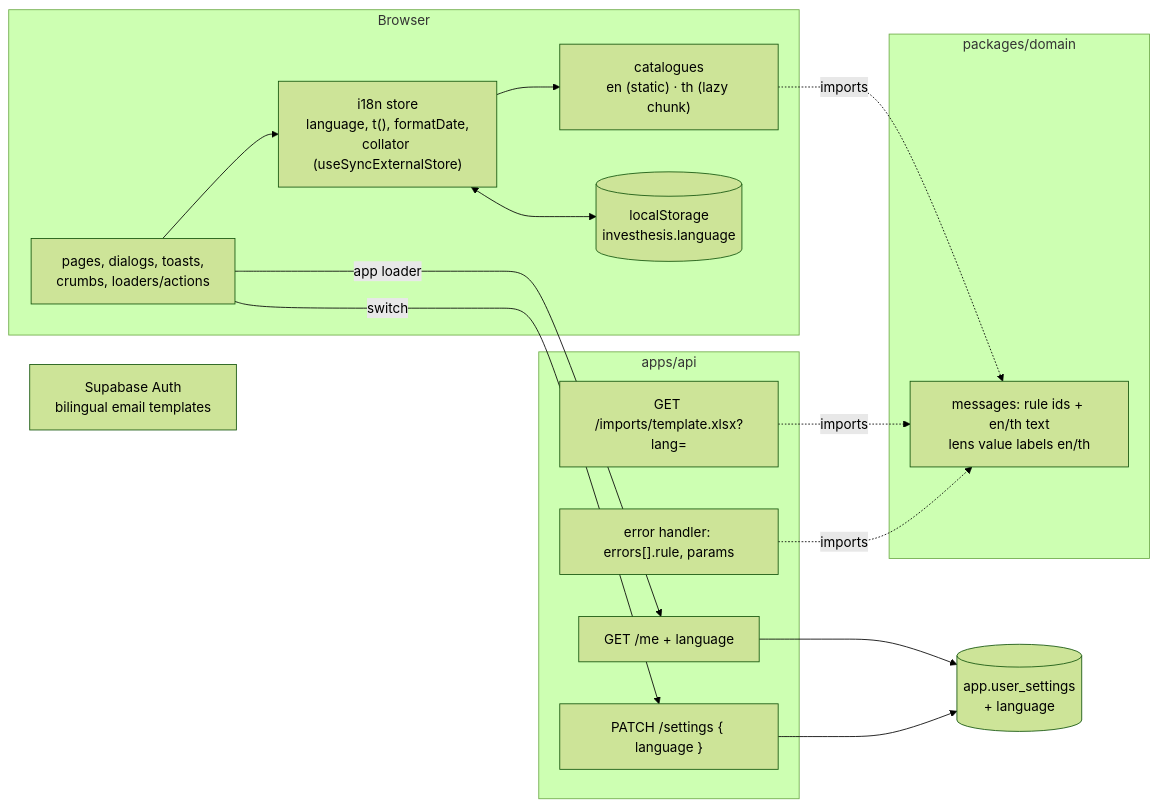
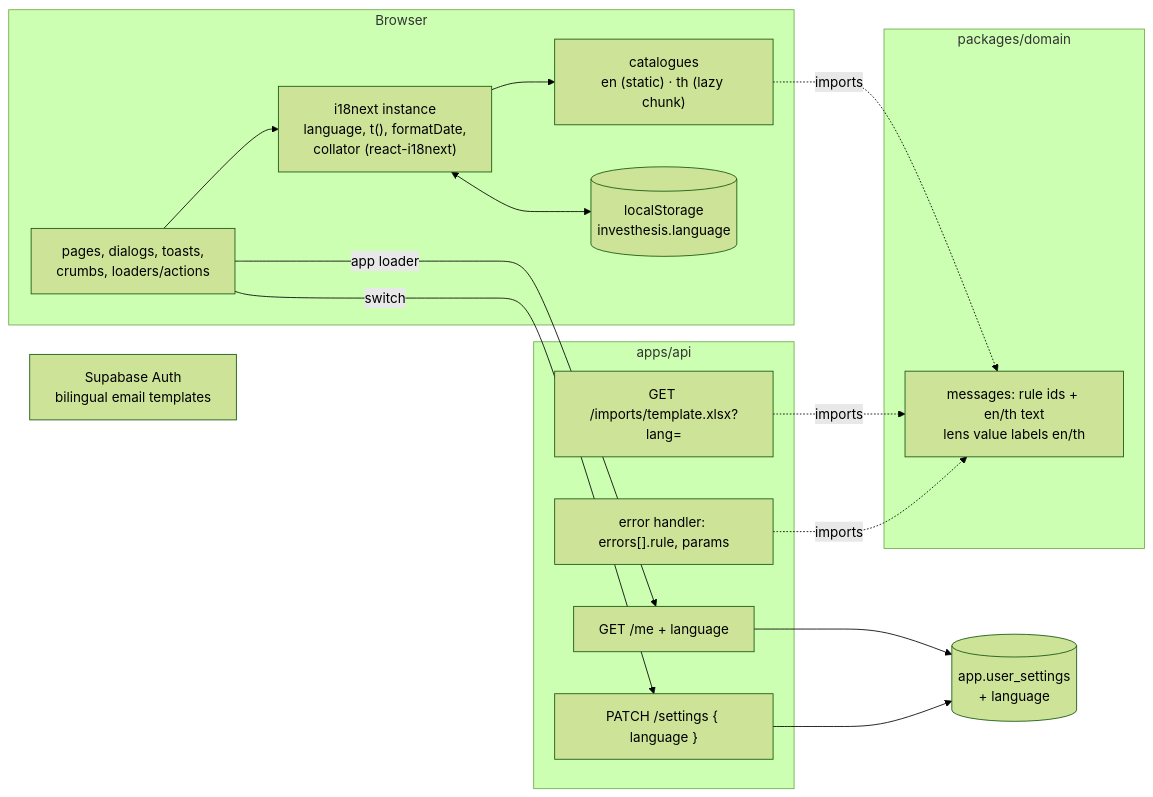
One commit to Thammasok/investhesis changed the first of 2 diagrams in docs/features/i18n/v1.0/design.md. Above: the diagram before and after it, drawn with Mermaid (forest theme). The commit also changed other lines of this file and 3 other files, not shown here.

First line of the commit message:
docs(i18n): replan the web layer on i18next and react-i18next

````diff
--- a/docs/features/i18n/v1.0/design.md
+++ b/docs/features/i18n/v1.0/design.md
@@ -20,29 +20,29 @@
 ```mermaid
 flowchart LR
   subgraph Browser
-    S["i18n store<br/>language, t(), formatDate,<br/>collator (useSyncExternalStore)"]
+    S["i18next instance<br/>language, t(), formatDate,<br/>collator (react-i18next)"]
     C["catalogues<br/>en (static) · th (lazy chunk)"]
     UI["pages, dialogs, toasts,<br/>crumbs, loaders/actions"]
     LS[("localStorage<br/>investhesis.language")]
   end
   subgraph Shared["packages/domain"]
     DM["messages: rule ids + en/th text<br/>lens value labels en/th"]
   end
   subgraph API["apps/api"]
     ME["GET /me + language"]
     ST["PATCH /settings { language }"]
     IM["GET /imports/template.xlsx?lang="]
     EH["error handler: errors[].rule, params"]
   end
   DB[("app.user_settings<br/>+ language")]
   SB["Supabase Auth<br/>bilingual email templates"]
 
   UI --> S --> C
   C -. imports .-> DM
   S <--> LS
   UI -- "app loader" --> ME
   UI -- "switch" --> ST
   ME & ST --> DB
   IM -. imports .-> DM
   EH -. imports .-> DM
 ```
````
